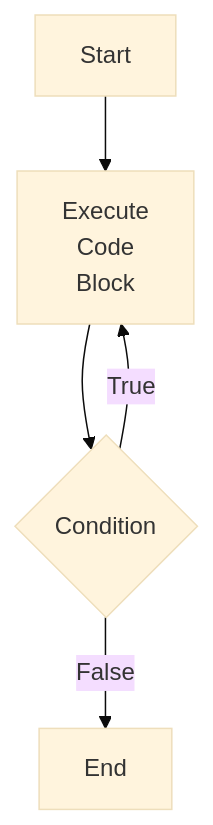
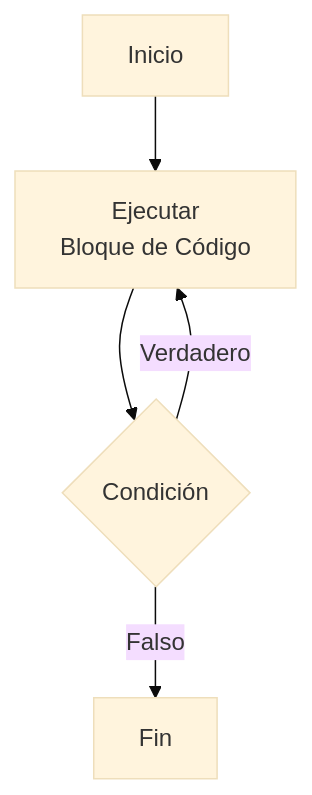
The first of 4 diagrams in 070125 Do While/README.md (SebasInfoBSudamericano/poo-2do-info), drawn with Mermaid (base theme) before and after one commit. The commit also changed other lines of this file and 1 other file, not shown here.

````diff
--- a/070125 Do While/README.md
+++ b/070125 Do While/README.md
@@ -11,10 +11,9 @@
 ```mermaid
 graph TD
-    A[Start] --> B[Execute
-    Code
-    Block]
-    B --> C{Condition}
-    C -->|True| B
-    C -->|False| D[End]
+    A[Inicio] --> B[Ejecutar
+    Bloque de Código]
+    B --> C{Condición}
+    C -->|Verdadero| B
+    C -->|Falso| D[Fin]
 
 ```
````
